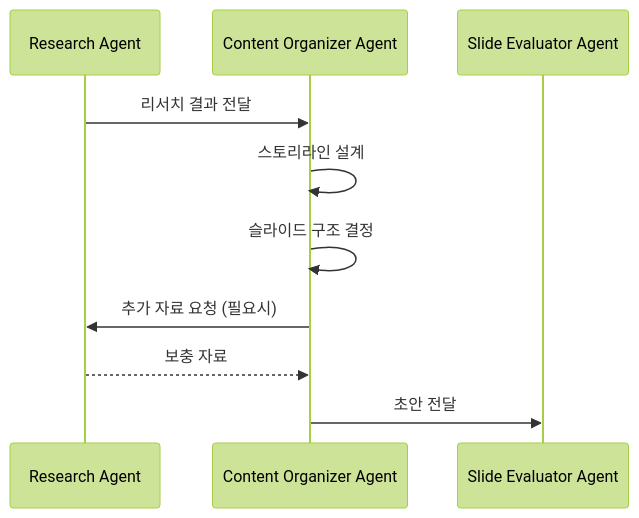
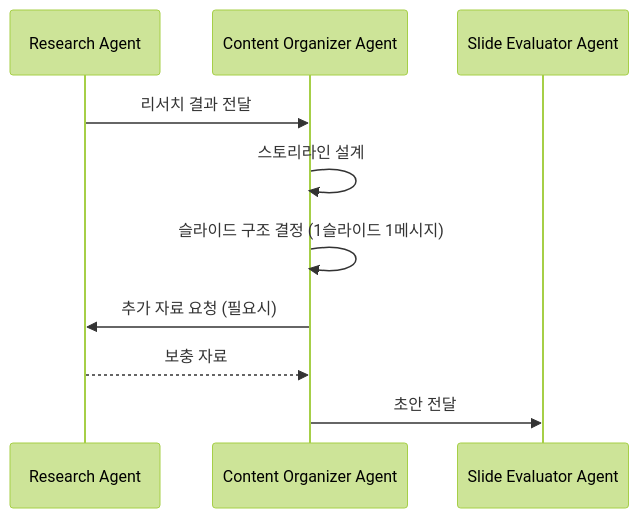
Before and after one commit to kimsanguine/vibe: the second of 5 diagrams in ppt-agent-team/workflows/ppt_workflow.md, drawn with Mermaid (forest theme). The commit also changed other lines of this file and 4 other files, not shown here.

````diff
--- a/ppt-agent-team/workflows/ppt_workflow.md
+++ b/ppt-agent-team/workflows/ppt_workflow.md
@@ -96,13 +123,13 @@
 ```mermaid
 sequenceDiagram
     participant RA as Research Agent
     participant COA as Content Organizer Agent
     participant SEA as Slide Evaluator Agent
 
     RA->>COA: 리서치 결과 전달
     COA->>COA: 스토리라인 설계
-    COA->>COA: 슬라이드 구조 결정
+    COA->>COA: 슬라이드 구조 결정 (1슬라이드 1메시지)
     COA->>RA: 추가 자료 요청 (필요시)
     RA-->>COA: 보충 자료
     COA->>SEA: 초안 전달
 ```
````
